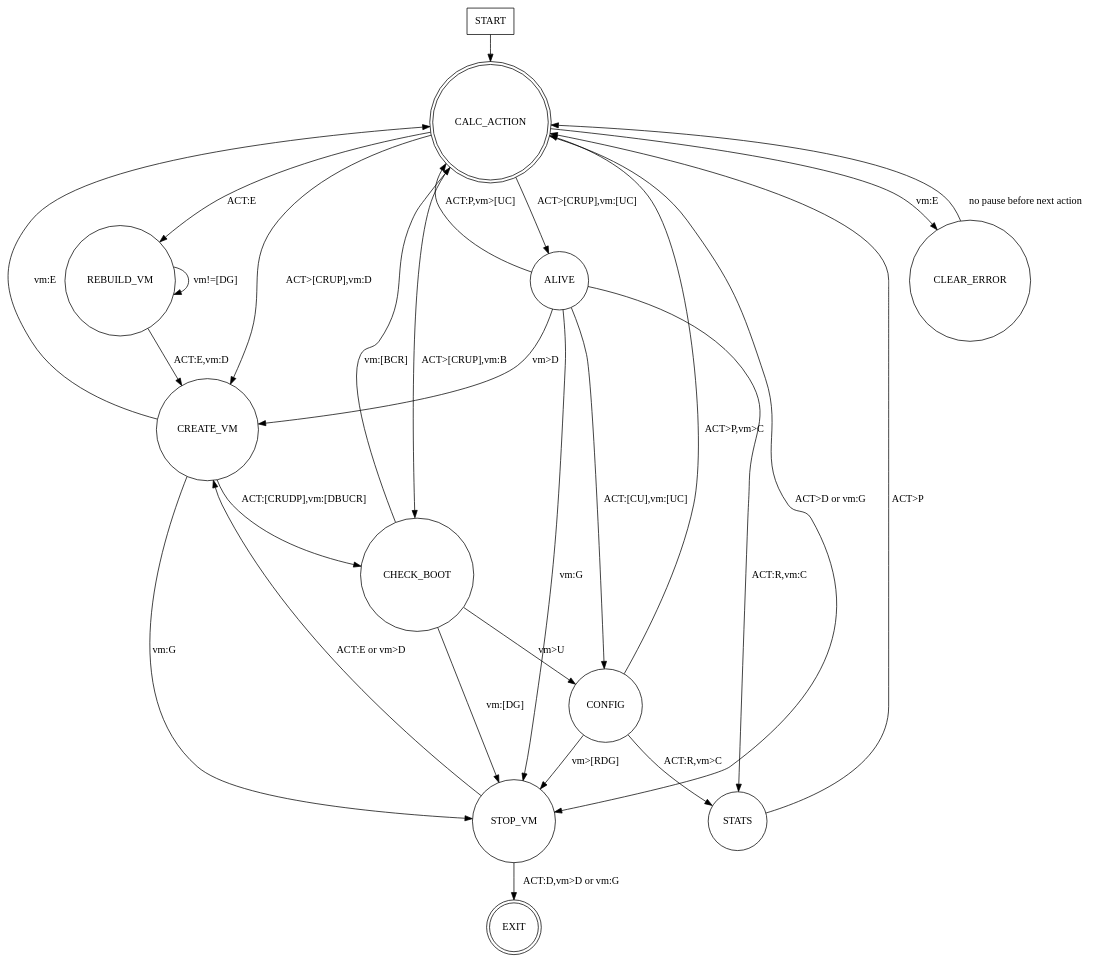
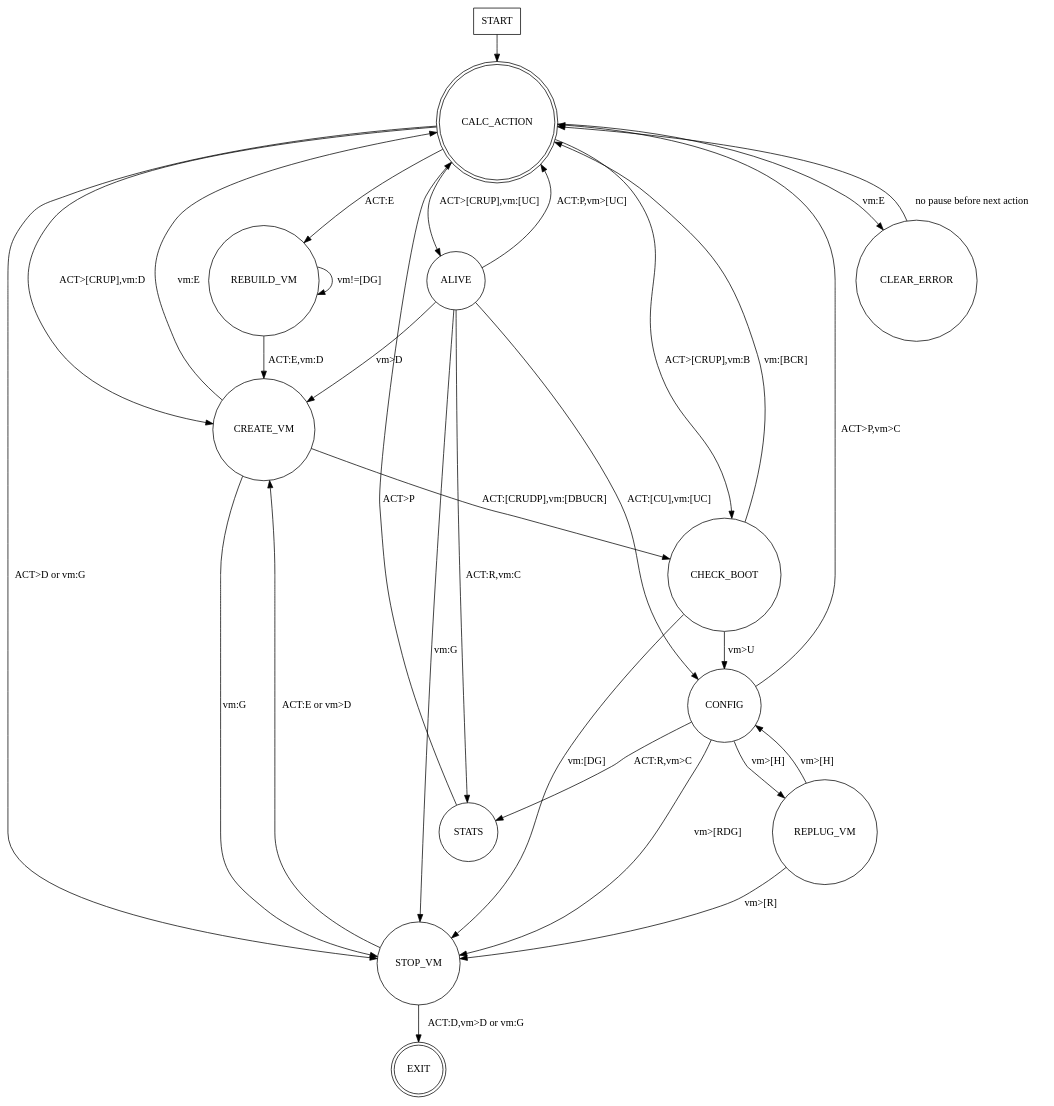
The diagram in doc/source/state_machine.dot (openstack-archive/astara), drawn with Graphviz before and after one commit. The commit also changed 4 other files, not shown here.

```diff
--- a/doc/source/state_machine.dot
+++ b/doc/source/state_machine.dot
@@ -1,52 +1,56 @@
 digraph rug {
   // rankdir=LR;
 
   node [shape = rectangle];
   START;
 
   // These nodes enter and exit the state machine.
 
   node [shape = doublecircle];
   EXIT;
   CALC_ACTION;
 
   node [shape = circle];
 
   START -> CALC_ACTION;
 
   CALC_ACTION -> ALIVE [ label = "ACT>[CRUP],vm:[UC]" ];
   CALC_ACTION -> CREATE_VM [ label = "ACT>[CRUP],vm:D" ];
   CALC_ACTION -> CHECK_BOOT [ label = "ACT>[CRUP],vm:B" ];
   CALC_ACTION -> REBUILD_VM [ label = "ACT:E" ];
   CALC_ACTION -> STOP_VM [ label = "ACT>D or vm:G" ];
   CALC_ACTION -> CLEAR_ERROR [ label = "vm:E" ];
 
   ALIVE -> CREATE_VM [ label = "vm>D" ];
   ALIVE -> CONFIG [ label = "ACT:[CU],vm:[UC]" ];
   ALIVE -> STATS [ label = "ACT:R,vm:C" ];
   ALIVE -> CALC_ACTION [ label = "ACT:P,vm>[UC]" ];
   ALIVE -> STOP_VM [ label = "vm:G" ];
 
   CREATE_VM -> CHECK_BOOT [ label = "ACT:[CRUDP],vm:[DBUCR]" ];
   CREATE_VM -> STOP_VM [ label = "vm:G" ];
   CREATE_VM -> CALC_ACTION [ label = "vm:E" ];
 
   CHECK_BOOT -> CONFIG [ label = "vm>U" ];
   CHECK_BOOT -> CALC_ACTION [ label = "vm:[BCR]" ];
   CHECK_BOOT -> STOP_VM [ label = "vm:[DG]" ];
 
   CONFIG -> STATS [ label = "ACT:R,vm>C" ];
   CONFIG -> CALC_ACTION [ label = "ACT>P,vm>C" ];
+  CONFIG -> REPLUG_VM [ label = "vm>[H]" ];
   CONFIG -> STOP_VM [ label = "vm>[RDG]" ];
+
+  REPLUG_VM -> CONFIG [ label = "vm>[H]" ];
+  REPLUG_VM -> STOP_VM [ label = "vm>[R]" ];
 
   STATS -> CALC_ACTION [ label = "ACT>P" ];
 
   CLEAR_ERROR -> CALC_ACTION [ label = "no pause before next action" ];
 
   REBUILD_VM -> REBUILD_VM [ label = "vm!=[DG]" ];
   REBUILD_VM -> CREATE_VM [ label = "ACT:E,vm:D" ];
 
   STOP_VM -> CREATE_VM [ label = "ACT:E or vm>D" ];
   STOP_VM -> EXIT [ label = "ACT:D,vm>D or vm:G" ];
 
 }
```
